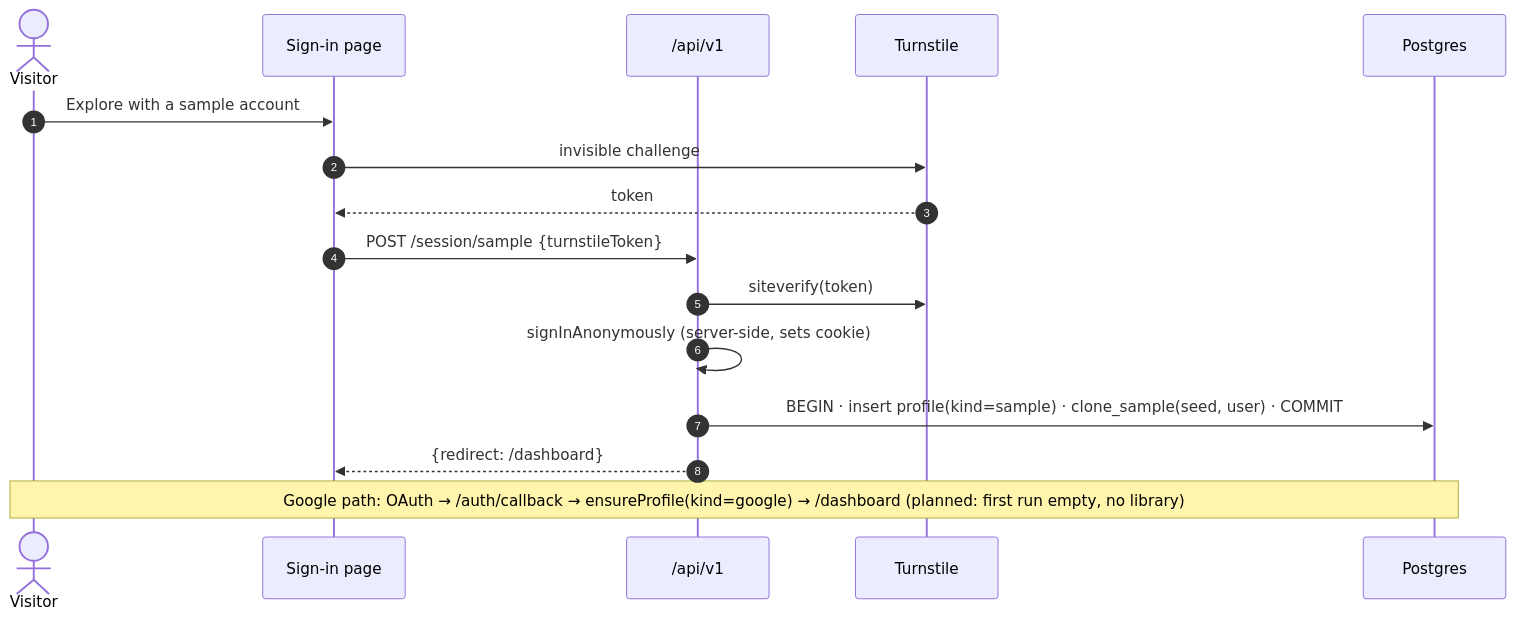
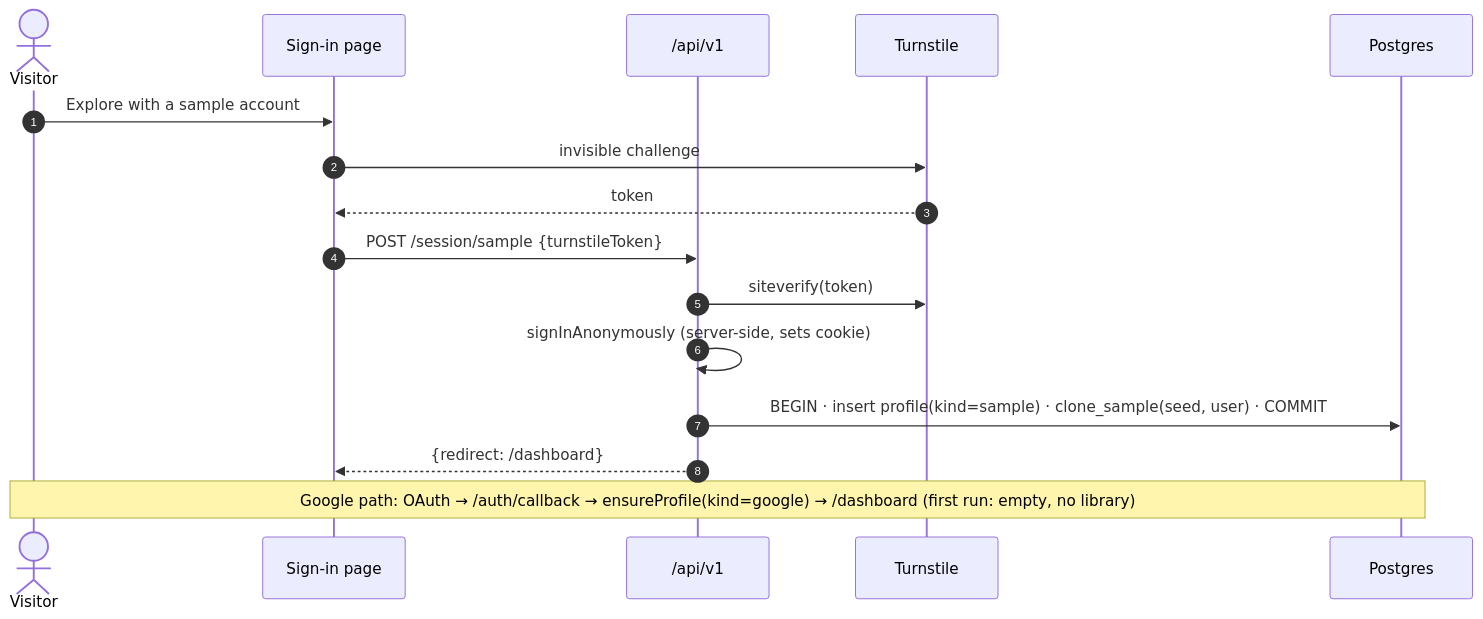
Before and after one commit to adamchok/Lectheo: the second of 6 diagrams in docs/Lectheo Architecture.md, drawn with Mermaid. The commit also changed other lines of this file and 33 other files, not shown here.

First line of the commit message:
feat(dashboard): Google fresh start and the explained next step (F0.4, F0.7–F0.12) (#27)

````diff
--- a/docs/Lectheo Architecture.md
+++ b/docs/Lectheo Architecture.md
@@ -135,19 +135,19 @@
 ```mermaid
 sequenceDiagram
     autonumber
     actor V as Visitor
     participant UI as Sign-in page
     participant API as /api/v1
     participant TS as Turnstile
     participant DB as Postgres
 
     V->>UI: Explore with a sample account
     UI->>TS: invisible challenge
     TS-->>UI: token
     UI->>API: POST /session/sample {turnstileToken}
     API->>TS: siteverify(token)
     API->>API: signInAnonymously (server-side, sets cookie)
     API->>DB: BEGIN · insert profile(kind=sample) · clone_sample(seed, user) · COMMIT
     API-->>UI: {redirect: /dashboard}
-    Note over V,DB: Google path: OAuth → /auth/callback → ensureProfile(kind=google) → /dashboard (planned: first run empty, no library)
+    Note over V,DB: Google path: OAuth → /auth/callback → ensureProfile(kind=google) → /dashboard (first run: empty, no library)
 ```
````
